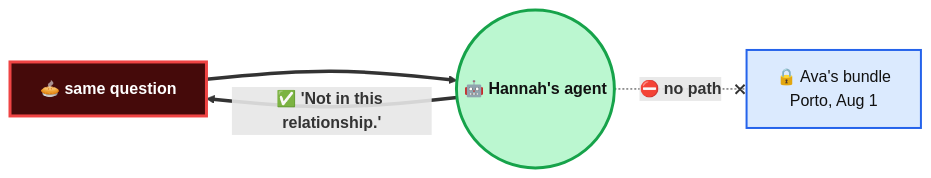
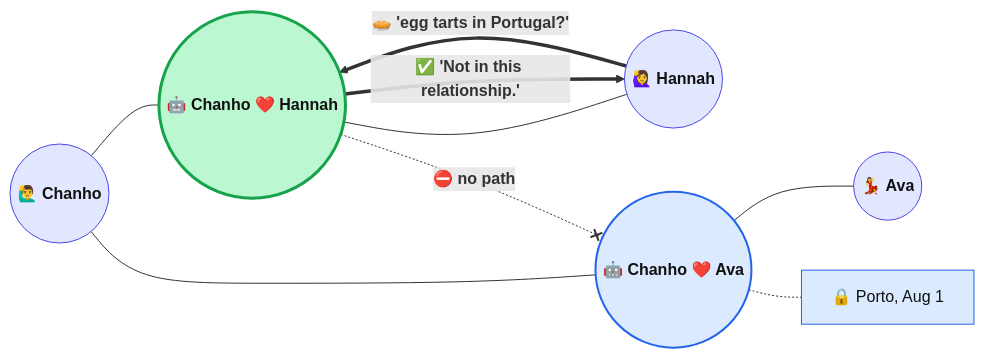
The second of 2 diagrams in notion-data/content/demo.md (ainetwork-ai/relational-agents), drawn with Mermaid before and after one commit. The commit also changed other lines of this file, not shown here.

Commit message:
Match the pre-roll diagrams
Same node-to-edge move on both cards, with the direction note that Card 2's
agents migrate onto the relationships.

````diff
--- a/notion-data/content/demo.md
+++ b/notion-data/content/demo.md
@@ -38,11 +46,21 @@
 ```mermaid
 flowchart LR
-    Q["`🥧 **same question**`"] ==> AG(("`🤖 **Hannah's agent**`"))
-    AG == "`✅ **'Not in this relationship.'**`" ==> Q
-    AG -. "`⛔ **no path**`" .-x V["`🔒 Ava's bundle
-    Porto, Aug 1`"]
+    C(("`🙋‍♂️ **Chanho**`"))
+    H(("`🙋‍♀️ **Hannah**`"))
+    A(("`💃 **Ava**`"))
 
-    style Q fill:#450a0a,stroke:#ef4444,stroke-width:3px,color:#fff
-    style AG fill:#bbf7d0,stroke:#16a34a,stroke-width:3px,color:#111
-    style V fill:#dbeafe,stroke:#2563eb,stroke-width:2px,color:#111
+    C --- CH(("`🤖 **Chanho ❤️ Hannah**`")) --- H
+    C --- CV(("`🤖 **Chanho ❤️ Ava**`")) --- A
+    CV -.- MEM["`🔒 Porto, Aug 1`"]
+
+    H == "`🥧 **'egg tarts in Portugal?'**`" ==> CH
+    CH == "`✅ **'Not in this relationship.'**`" ==> H
+    CH -. "`⛔ **no path**`" .-x CV
+
+    style H fill:#e0e7ff,stroke:#4f46e5,color:#111
+    style A fill:#e0e7ff,stroke:#4f46e5,color:#111
+    style C fill:#e0e7ff,stroke:#4f46e5,color:#111
+    style CH fill:#bbf7d0,stroke:#16a34a,stroke-width:3px,color:#111
+    style CV fill:#dbeafe,stroke:#2563eb,stroke-width:2px,color:#111
+    style MEM fill:#dbeafe,stroke:#2563eb,color:#111
 ```
````
